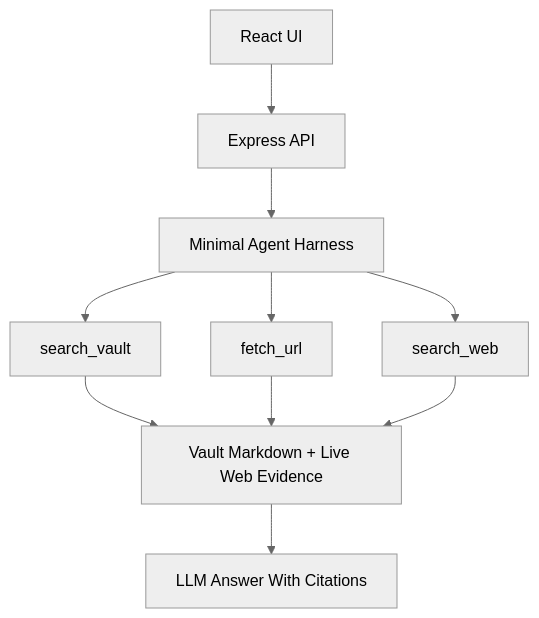
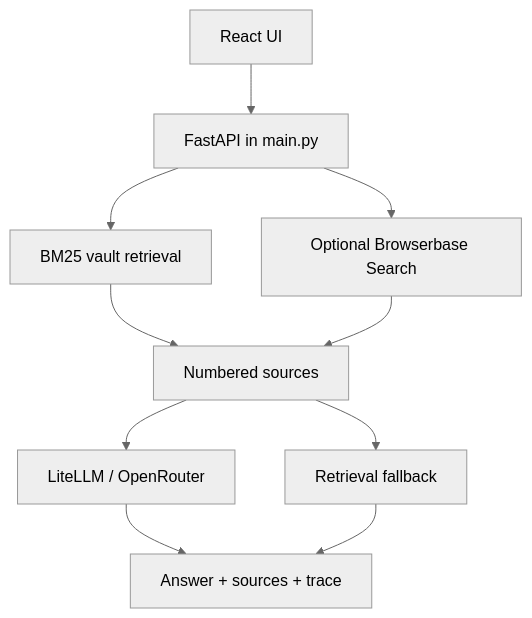
Before and after one commit to adevol/SubsiWiki: the diagram in docs/architecture.md, drawn with Mermaid (neutral theme). The commit also changed other lines of this file and 1 other file, not shown here.

````diff
--- a/docs/architecture.md
+++ b/docs/architecture.md
@@ -7,12 +10,12 @@
 ```mermaid
 flowchart TD
-  UI[React UI] --> API[Express API]
-  API --> Harness[Minimal Agent Harness]
-  Harness --> VaultTool[search_vault]
-  Harness --> FetchTool[fetch_url]
-  Harness --> SearchTool[search_web]
-  VaultTool --> Evidence[Vault Markdown + Live Web Evidence]
-  FetchTool --> Evidence
-  SearchTool --> Evidence
-  Evidence --> Answer[LLM Answer With Citations]
+  UI[React UI] --> API[FastAPI in main.py]
+  API --> Vault[BM25 vault retrieval]
+  API --> Web[Optional Browserbase Search]
+  Vault --> Sources[Numbered sources]
+  Web --> Sources
+  Sources --> LLM[LiteLLM / OpenRouter]
+  Sources --> Fallback[Retrieval fallback]
+  LLM --> Response[Answer + sources + trace]
+  Fallback --> Response
 ```
````
